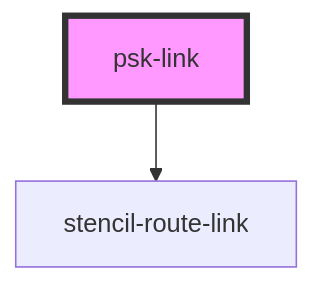
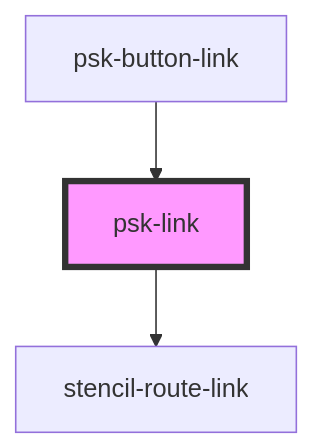
One commit to daniel-visoiu/cardinal changed the diagram in src/components/psk-link/readme.md. Above: the diagram before and after it, drawn with Mermaid. The commit also changed other lines of this file and 7 other files, not shown here.

````diff
--- a/src/components/psk-link/readme.md
+++ b/src/components/psk-link/readme.md
@@ -32,5 +36,6 @@
 ```mermaid
 graph TD;
   psk-link --> stencil-route-link
+  psk-button-link --> psk-link
   style psk-link fill:#f9f,stroke:#333,stroke-width:4px
 ```
````
